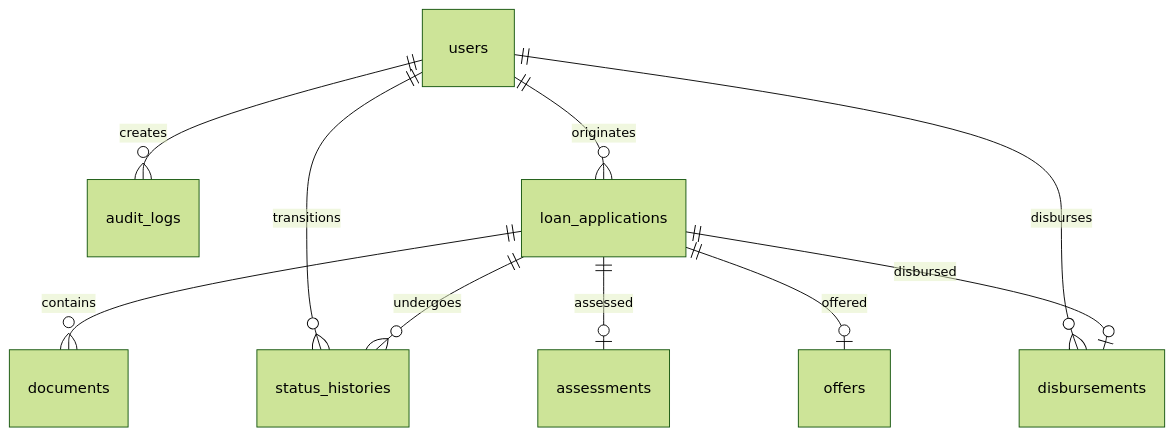
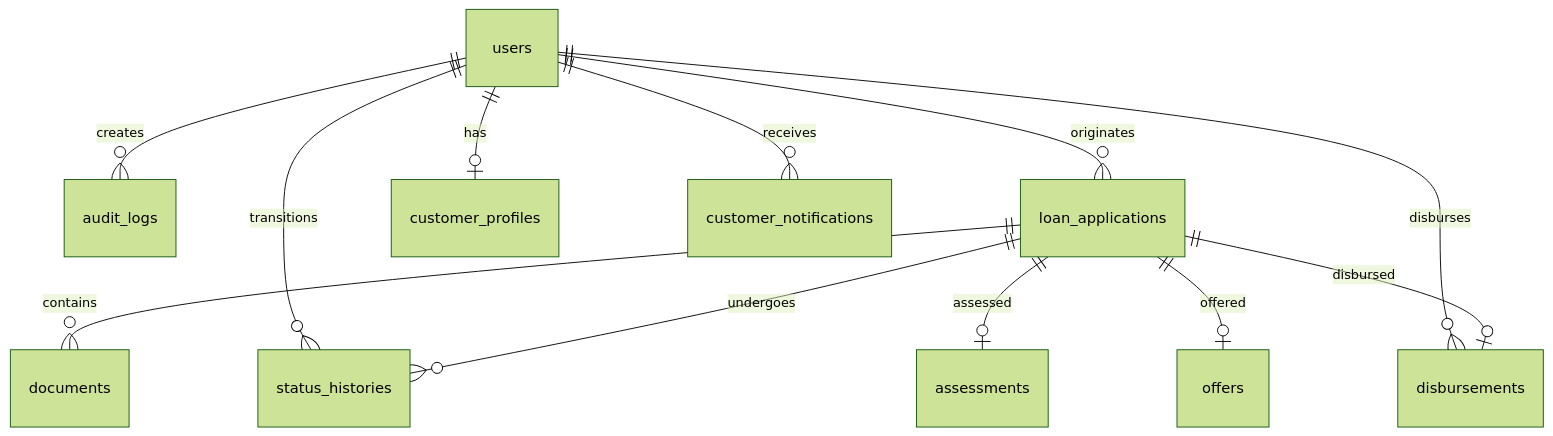
One commit to Fahadasfaque/LOS-Project changed the diagram in docs/DATABASE_SCHEMA.md. Above: the diagram before and after it, drawn with Mermaid (forest theme). The commit also changed other lines of this file and 127 other files, not shown here.

````diff
--- a/docs/DATABASE_SCHEMA.md
+++ b/docs/DATABASE_SCHEMA.md
@@ -10,12 +10,14 @@
 ```mermaid
 erDiagram
   users ||--o{ audit_logs : "creates"
   users ||--o{ loan_applications : "originates"
   users ||--o{ status_histories : "transitions"
   users ||--o{ disbursements : "disburses"
   loan_applications ||--o{ documents : "contains"
   loan_applications ||--o{ status_histories : "undergoes"
   loan_applications ||--o| assessments : "assessed"
   loan_applications ||--o| offers : "offered"
   loan_applications ||--o| disbursements : "disbursed"
+  users ||--o| customer_profiles : "has"
+  users ||--o{ customer_notifications : "receives"
 ```
````
